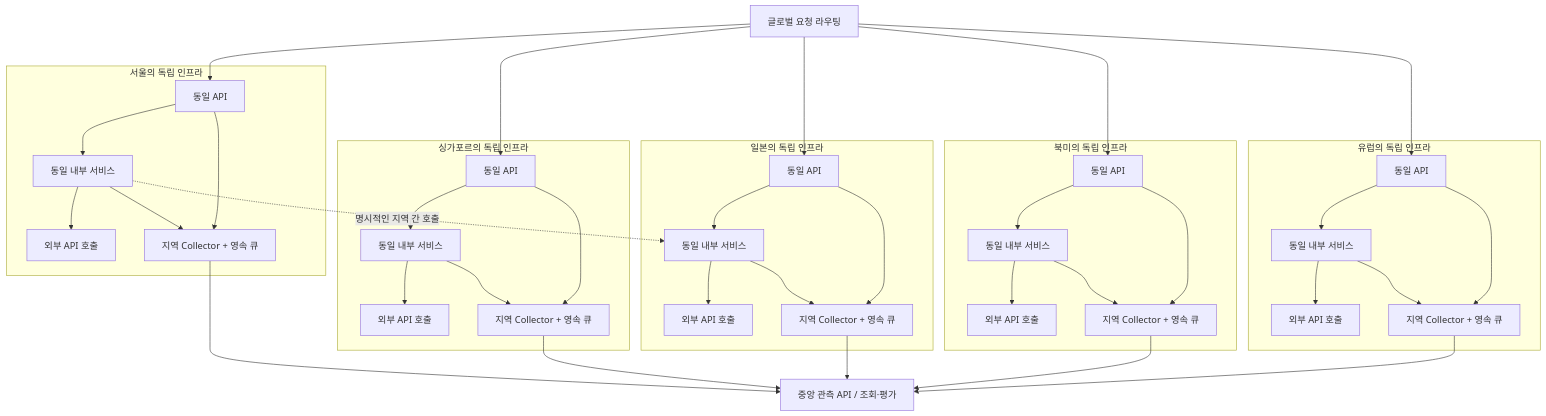
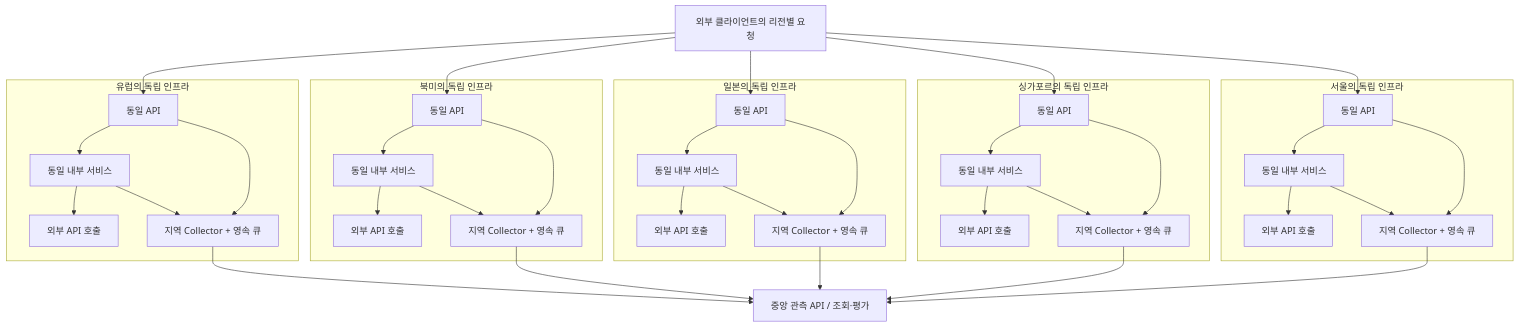
Before and after one commit to benny1020/signaldesk: the diagram in docs/FIVE_REGION_OPERATIONS.md, drawn with Mermaid. The commit also changed other lines of this file and 20 other files, not shown here.

Commit message:
fix: keep application request flows within independent regions

````diff
--- a/docs/FIVE_REGION_OPERATIONS.md
+++ b/docs/FIVE_REGION_OPERATIONS.md
@@ -21,44 +21,43 @@
 ```mermaid
 flowchart TB
-  Router[글로벌 요청 라우팅] --> EUAPI
+  Router[외부 클라이언트의 리전별 요청] --> EUAPI
   Router --> NAAPI
   Router --> JPAPI
   Router --> SGAPI
   Router --> KRAPI
   subgraph EU[유럽의 독립 인프라]
     EUAPI[동일 API] --> EUWorker[동일 내부 서비스]
     EUWorker --> EUExternal[외부 API 호출]
     EUAPI --> EUCollector[지역 Collector + 영속 큐]
     EUWorker --> EUCollector
   end
   subgraph NA[북미의 독립 인프라]
     NAAPI[동일 API] --> NAWorker[동일 내부 서비스]
     NAWorker --> NAExternal[외부 API 호출]
     NAAPI --> NACollector[지역 Collector + 영속 큐]
     NAWorker --> NACollector
   end
   subgraph JP[일본의 독립 인프라]
     JPAPI[동일 API] --> JPWorker[동일 내부 서비스]
     JPWorker --> JPExternal[외부 API 호출]
     JPAPI --> JPCollector[지역 Collector + 영속 큐]
     JPWorker --> JPCollector
   end
   subgraph SG[싱가포르의 독립 인프라]
     SGAPI[동일 API] --> SGWorker[동일 내부 서비스]
     SGWorker --> SGExternal[외부 API 호출]
     SGAPI --> SGCollector[지역 Collector + 영속 큐]
     SGWorker --> SGCollector
   end
   subgraph KR[서울의 독립 인프라]
     KRAPI[동일 API] --> KRWorker[동일 내부 서비스]
     KRWorker --> KRExternal[외부 API 호출]
     KRAPI --> KRCollector[지역 Collector + 영속 큐]
     KRWorker --> KRCollector
   end
-  KRWorker -. 명시적인 지역 간 호출 .-> JPWorker
   EUCollector --> Central[중앙 관측 API / 조회·평가]
   NACollector --> Central
   JPCollector --> Central
   SGCollector --> Central
   KRCollector --> Central
 ```
````
